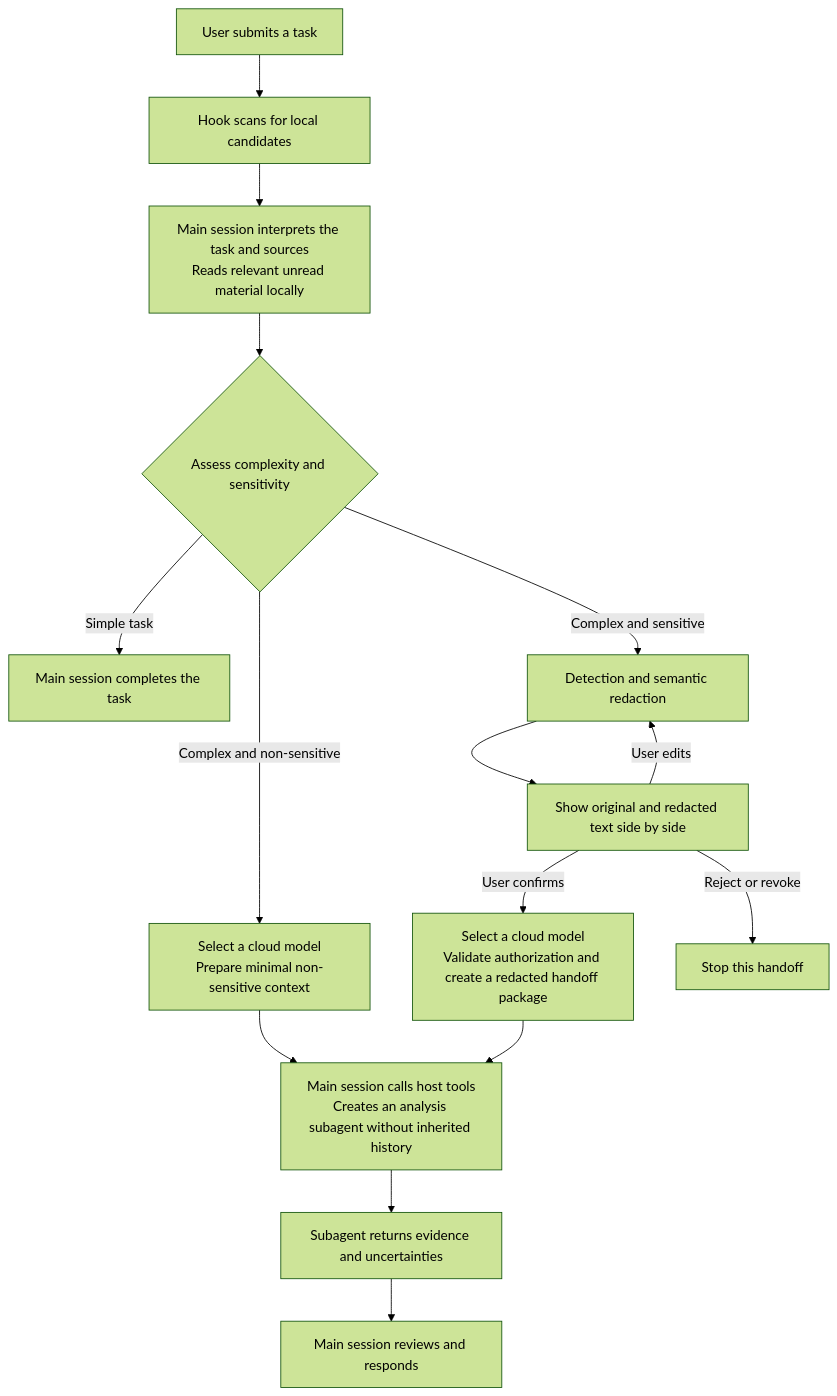
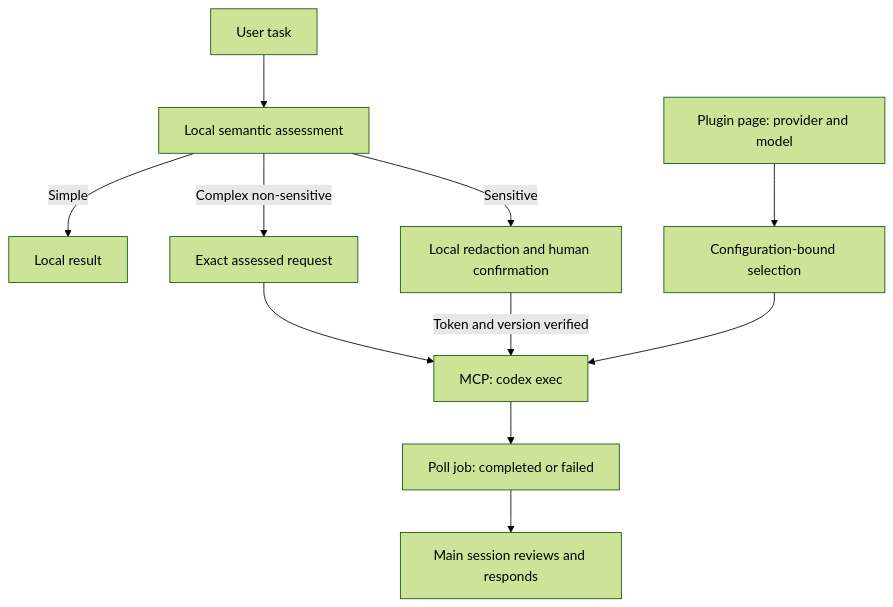
The diagram in docs/architecture.md (XHToken/codex-XCoSpan), drawn with Mermaid (forest theme) before and after one commit. The commit also changed other lines of this file and 43 other files, not shown here.

Commit message:
Add MCP-managed cloud execution and persistent model settings

````diff
--- a/docs/architecture.md
+++ b/docs/architecture.md
@@ -28,17 +31,13 @@
 ```mermaid
 flowchart TD
-    U[User submits a task] --> H[Hook scans for local candidates]
-    H --> M["Main session interprets the task and sources<br/>Reads relevant unread material locally"]
-    M --> R{Assess complexity and sensitivity}
-    R -->|Simple task| L[Main session completes the task]
-    R -->|Complex and non-sensitive| N["Select a cloud model<br/>Prepare minimal non-sensitive context"]
-    R -->|Complex and sensitive| D[Detection and semantic redaction]
-    D --> V[Show original and redacted text side by side]
-    V -->|User edits| D
-    V -->|User confirms| A["Select a cloud model<br/>Validate authorization and create a redacted handoff package"]
-    V -->|Reject or revoke| S[Stop this handoff]
-    N --> C["Main session calls host tools<br/>Creates an analysis subagent without inherited history"]
-    A --> C
-    C --> F[Subagent returns evidence and uncertainties]
-    F --> E[Main session reviews and responds]
+    U[User task] --> R[Local semantic assessment]
+    R -->|Simple| L[Local result]
+    R -->|Complex non-sensitive| P[Exact assessed request]
+    R -->|Sensitive| D[Local redaction and human confirmation]
+    S[Plugin page: provider and model] --> C[Configuration-bound selection]
+    P --> E[MCP: codex exec]
+    D -->|Token and version verified| E
+    C --> E
+    E --> J[Poll job: completed or failed]
+    J --> F[Main session reviews and responds]
 ```
````
